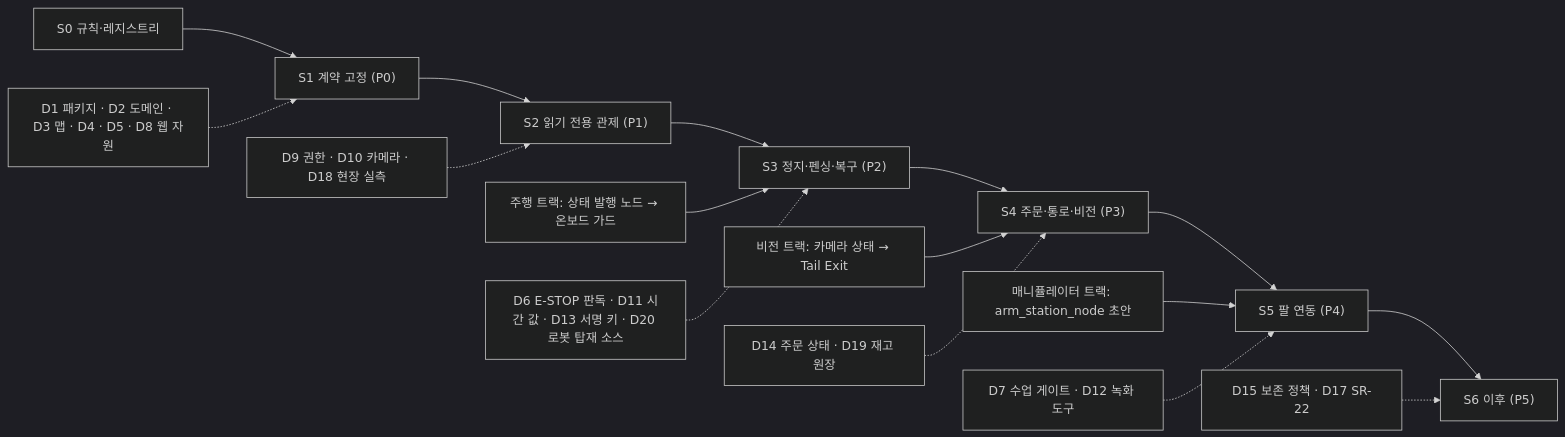
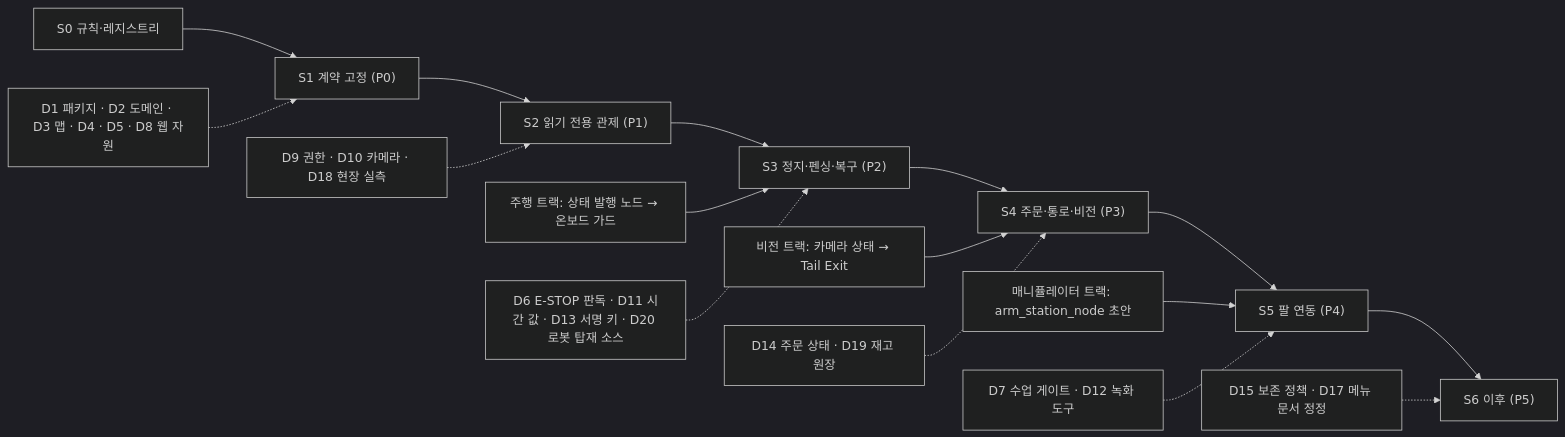
The diagram in docs/fms_roadmap.md (kernel-robot-8th/kernel-robot-repo-4), drawn with Mermaid (dark theme) before and after one commit. The commit also changed other lines of this file and 14 other files, not shown here.

````diff
--- a/docs/fms_roadmap.md
+++ b/docs/fms_roadmap.md
@@ -34,18 +34,18 @@
 ```mermaid
 flowchart LR
   S0["S0 규칙·레지스트리"] --> S1["S1 계약 고정 (P0)"]
   S1 --> S2["S2 읽기 전용 관제 (P1)"]
   S2 --> S3["S3 정지·펜싱·복구 (P2)"]
   S3 --> S4["S4 주문·통로·비전 (P3)"]
   S4 --> S5["S5 팔 연동 (P4)"]
   S5 --> S6["S6 이후 (P5)"]
   NAV["주행 트랙: 상태 발행 노드 → 온보드 가드"] --> S3
   VIS["비전 트랙: 카메라 상태 → Tail Exit"] --> S4
   ARM["매니퓰레이터 트랙: arm_station_node 초안"] --> S5
   DS1["D1 패키지 · D2 도메인 · D3 맵 · D4 · D5 · D8 웹 자원"] -.-> S1
   DS2["D9 권한 · D10 카메라 · D18 현장 실측"] -.-> S2
   DS3["D6 E-STOP 판독 · D11 시간 값 · D13 서명 키 · D20 로봇 탑재 소스"] -.-> S3
   DS4["D14 주문 상태 · D19 재고 원장"] -.-> S4
   DS5["D7 수업 게이트 · D12 녹화 도구"] -.-> S5
-  DS6["D15 보존 정책 · D17 SR-22"] -.-> S6
+  DS6["D15 보존 정책 · D17 메뉴 문서 정정"] -.-> S6
 ```
````
